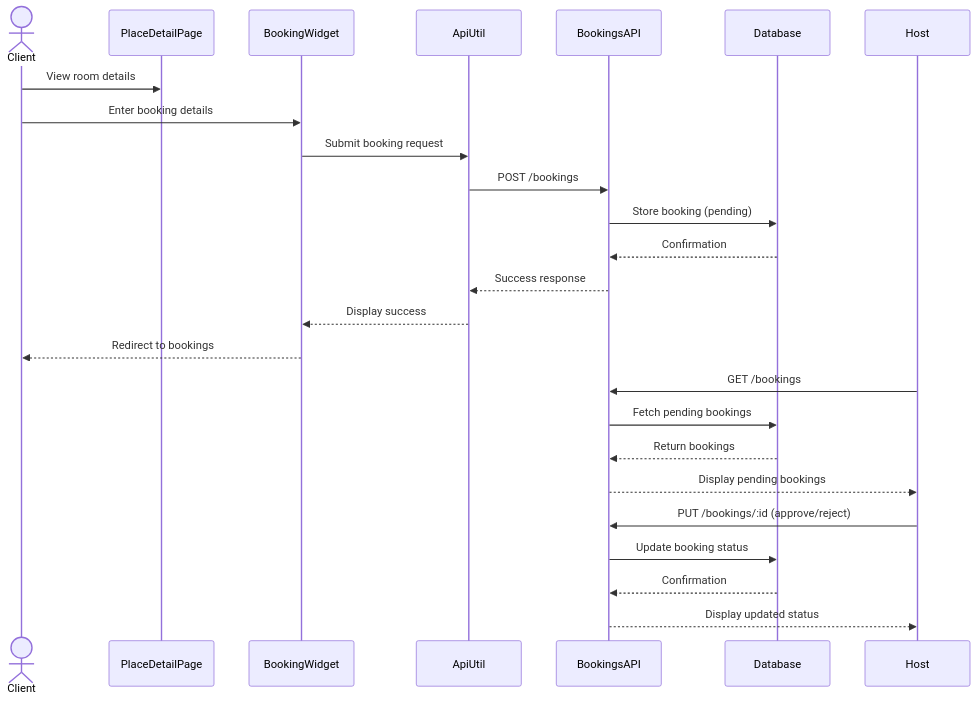
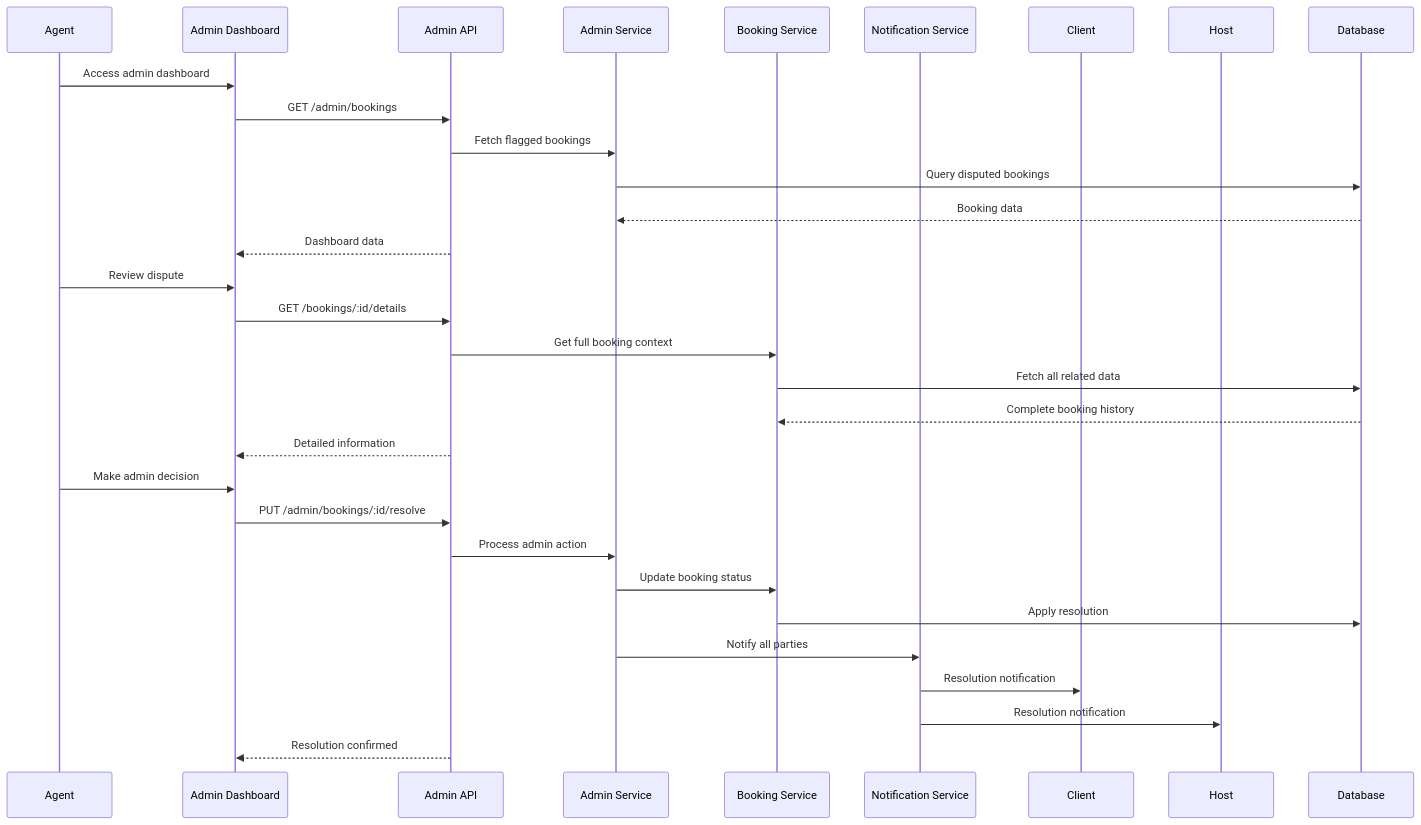
Before and after one commit to ConfHubTeam/ConferenceHub: the ninth of 9 diagrams in README.md, drawn with Mermaid. The commit also changed other lines of this file and 3 other files, not shown here.

````diff
--- a/README.md
+++ b/README.md
@@ -183,29 +514,36 @@
 ```mermaid
 sequenceDiagram
-    actor Client
-    participant PlaceDetailPage
-    participant BookingWidget
-    participant ApiUtil
-    participant BookingsAPI
-    participant Database
-    participant Host
+    participant A as Agent
+    participant UI as Admin Dashboard
+    participant API as Admin API
+    participant AS as Admin Service
+    participant BS as Booking Service
+    participant NS as Notification Service
+    participant C as Client
+    participant H as Host
+    participant DB as Database
     
-    Client->>PlaceDetailPage: View room details
-    Client->>BookingWidget: Enter booking details
-    BookingWidget->>ApiUtil: Submit booking request
-    ApiUtil->>BookingsAPI: POST /bookings
-    BookingsAPI->>Database: Store booking (pending)
-    Database-->>BookingsAPI: Confirmation
-    BookingsAPI-->>ApiUtil: Success response
-    ApiUtil-->>BookingWidget: Display success
-    BookingWidget-->>Client: Redirect to bookings
+    A->>UI: Access admin dashboard
+    UI->>API: GET /admin/bookings
+    API->>AS: Fetch flagged bookings
+    AS->>DB: Query disputed bookings
+    DB-->>AS: Booking data
+    API-->>UI: Dashboard data
     
-    Host->>BookingsAPI: GET /bookings
-    BookingsAPI->>Database: Fetch pending bookings
-    Database-->>BookingsAPI: Return bookings
-    BookingsAPI-->>Host: Display pending bookings
-    Host->>BookingsAPI: PUT /bookings/:id (approve/reject)
-    BookingsAPI->>Database: Update booking status
-    Database-->>BookingsAPI: Confirmation
-    BookingsAPI-->>Host: Display updated status
+    A->>UI: Review dispute
+    UI->>API: GET /bookings/:id/details
+    API->>BS: Get full booking context
+    BS->>DB: Fetch all related data
+    DB-->>BS: Complete booking history
+    API-->>UI: Detailed information
+    
+    A->>UI: Make admin decision
+    UI->>API: PUT /admin/bookings/:id/resolve
+    API->>AS: Process admin action
+    AS->>BS: Update booking status
+    BS->>DB: Apply resolution
+    AS->>NS: Notify all parties
+    NS->>C: Resolution notification
+    NS->>H: Resolution notification
+    API-->>UI: Resolution confirmed
 ```
````
